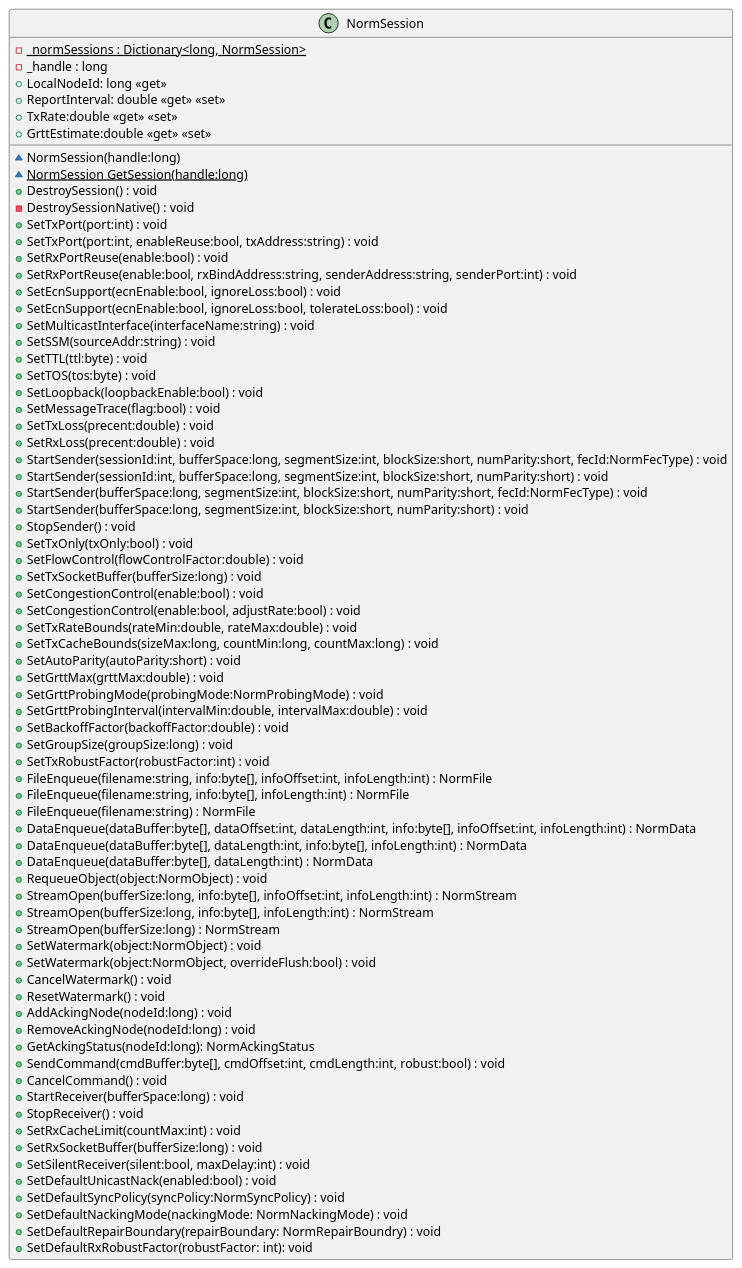
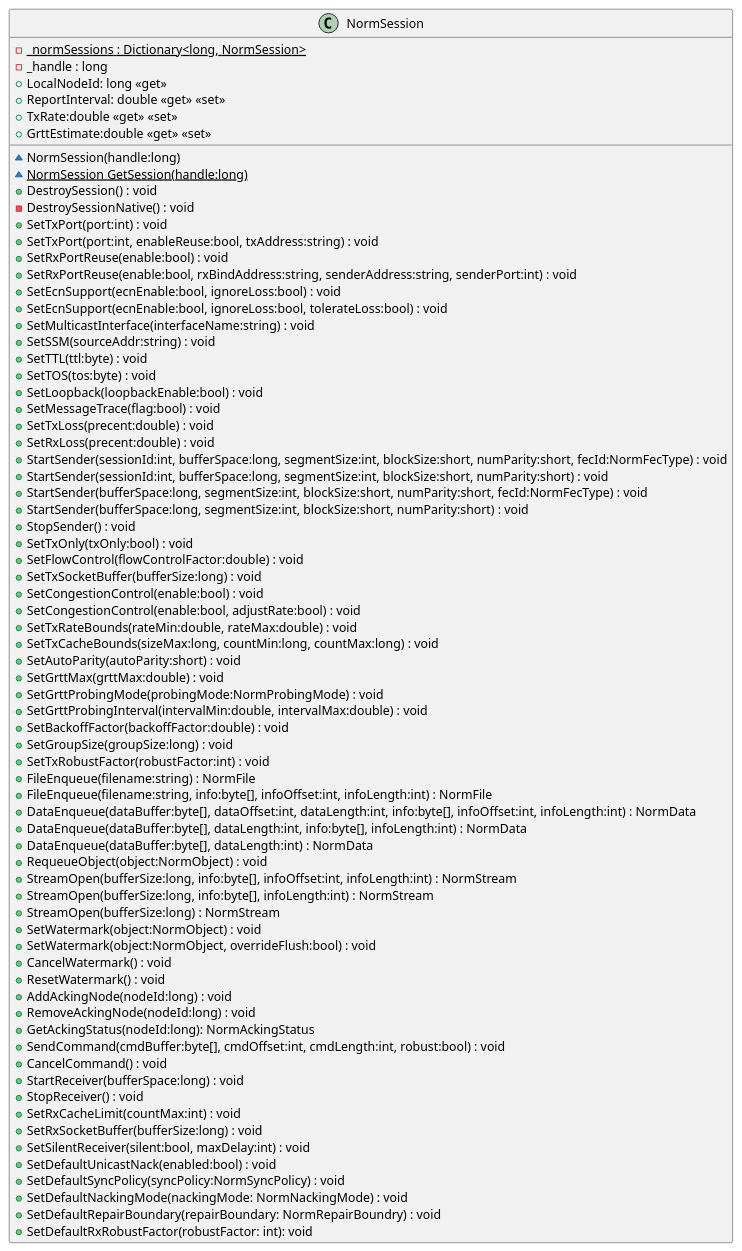
Before and after one commit to mullerj/norm: the diagram in src/dotnet/design/Mil/Navy/Nrl/Norm/NormSession.puml, drawn with PlantUML. The commit also changed 2 other files, not shown here.

Commit message:
Removed extra overload of FileEnqueue

```diff
--- a/src/dotnet/design/Mil/Navy/Nrl/Norm/NormSession.puml
+++ b/src/dotnet/design/Mil/Navy/Nrl/Norm/NormSession.puml
@@ -1,76 +1,75 @@
 @startuml
 class NormSession {
     {static} -_normSessions : Dictionary<long, NormSession>
     - _handle : long
     ~ NormSession(handle:long)
     {static} ~ NormSession GetSession(handle:long)
     + DestroySession() : void
     - DestroySessionNative() : void
     + LocalNodeId: long <<get>>
     + SetTxPort(port:int) : void
     + SetTxPort(port:int, enableReuse:bool, txAddress:string) : void
     + SetRxPortReuse(enable:bool) : void
     + SetRxPortReuse(enable:bool, rxBindAddress:string, senderAddress:string, senderPort:int) : void
     + SetEcnSupport(ecnEnable:bool, ignoreLoss:bool) : void
     + SetEcnSupport(ecnEnable:bool, ignoreLoss:bool, tolerateLoss:bool) : void
     + SetMulticastInterface(interfaceName:string) : void
     + SetSSM(sourceAddr:string) : void
     + SetTTL(ttl:byte) : void
     + SetTOS(tos:byte) : void
     + SetLoopback(loopbackEnable:bool) : void
     + SetMessageTrace(flag:bool) : void
     + SetTxLoss(precent:double) : void
     + SetRxLoss(precent:double) : void
     + ReportInterval: double <<get>> <<set>>
     + StartSender(sessionId:int, bufferSpace:long, segmentSize:int, blockSize:short, numParity:short, fecId:NormFecType) : void
     + StartSender(sessionId:int, bufferSpace:long, segmentSize:int, blockSize:short, numParity:short) : void
     + StartSender(bufferSpace:long, segmentSize:int, blockSize:short, numParity:short, fecId:NormFecType) : void
     + StartSender(bufferSpace:long, segmentSize:int, blockSize:short, numParity:short) : void
     + StopSender() : void
     + SetTxOnly(txOnly:bool) : void
     + TxRate:double <<get>> <<set>>
     + SetFlowControl(flowControlFactor:double) : void
     + SetTxSocketBuffer(bufferSize:long) : void
     + SetCongestionControl(enable:bool) : void
     + SetCongestionControl(enable:bool, adjustRate:bool) : void
     + SetTxRateBounds(rateMin:double, rateMax:double) : void
     + SetTxCacheBounds(sizeMax:long, countMin:long, countMax:long) : void
     + SetAutoParity(autoParity:short) : void
     + GrttEstimate:double <<get>> <<set>>
     + SetGrttMax(grttMax:double) : void
     + SetGrttProbingMode(probingMode:NormProbingMode) : void
     + SetGrttProbingInterval(intervalMin:double, intervalMax:double) : void
     + SetBackoffFactor(backoffFactor:double) : void
     + SetGroupSize(groupSize:long) : void
     + SetTxRobustFactor(robustFactor:int) : void
+    + FileEnqueue(filename:string) : NormFile
     + FileEnqueue(filename:string, info:byte[], infoOffset:int, infoLength:int) : NormFile
-    + FileEnqueue(filename:string, info:byte[], infoLength:int) : NormFile
-    + FileEnqueue(filename:string) : NormFile
     + DataEnqueue(dataBuffer:byte[], dataOffset:int, dataLength:int, info:byte[], infoOffset:int, infoLength:int) : NormData
     + DataEnqueue(dataBuffer:byte[], dataLength:int, info:byte[], infoLength:int) : NormData
     + DataEnqueue(dataBuffer:byte[], dataLength:int) : NormData
     + RequeueObject(object:NormObject) : void
     + StreamOpen(bufferSize:long, info:byte[], infoOffset:int, infoLength:int) : NormStream
     + StreamOpen(bufferSize:long, info:byte[], infoLength:int) : NormStream
     + StreamOpen(bufferSize:long) : NormStream
     + SetWatermark(object:NormObject) : void
     + SetWatermark(object:NormObject, overrideFlush:bool) : void
     + CancelWatermark() : void
     + ResetWatermark() : void
     + AddAckingNode(nodeId:long) : void
     + RemoveAckingNode(nodeId:long) : void
     + GetAckingStatus(nodeId:long): NormAckingStatus
     + SendCommand(cmdBuffer:byte[], cmdOffset:int, cmdLength:int, robust:bool) : void
     + CancelCommand() : void
     + StartReceiver(bufferSpace:long) : void
     + StopReceiver() : void
     + SetRxCacheLimit(countMax:int) : void
     + SetRxSocketBuffer(bufferSize:long) : void
     + SetSilentReceiver(silent:bool, maxDelay:int) : void
     + SetDefaultUnicastNack(enabled:bool) : void
     + SetDefaultSyncPolicy(syncPolicy:NormSyncPolicy) : void
     + SetDefaultNackingMode(nackingMode: NormNackingMode) : void
     + SetDefaultRepairBoundary(repairBoundary: NormRepairBoundry) : void
     + SetDefaultRxRobustFactor(robustFactor: int): void
 }
 @enduml
```
